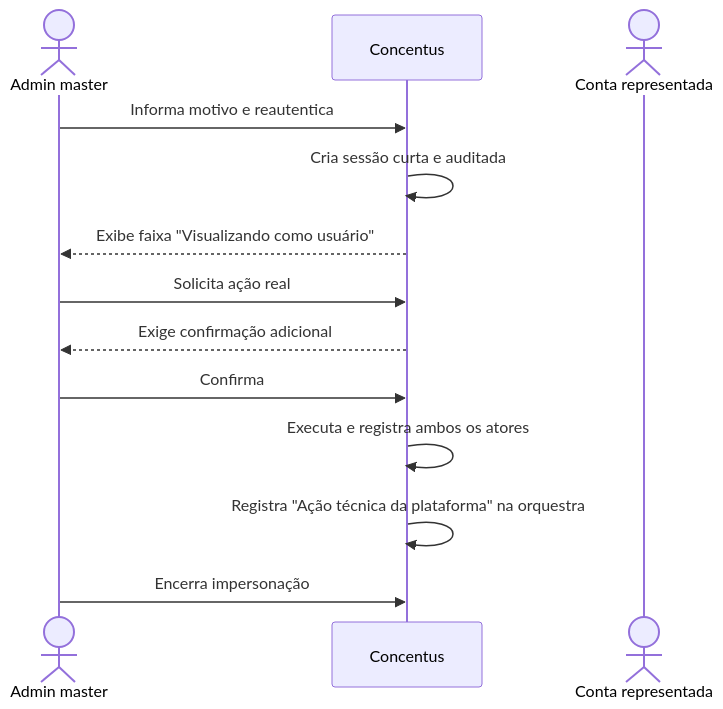
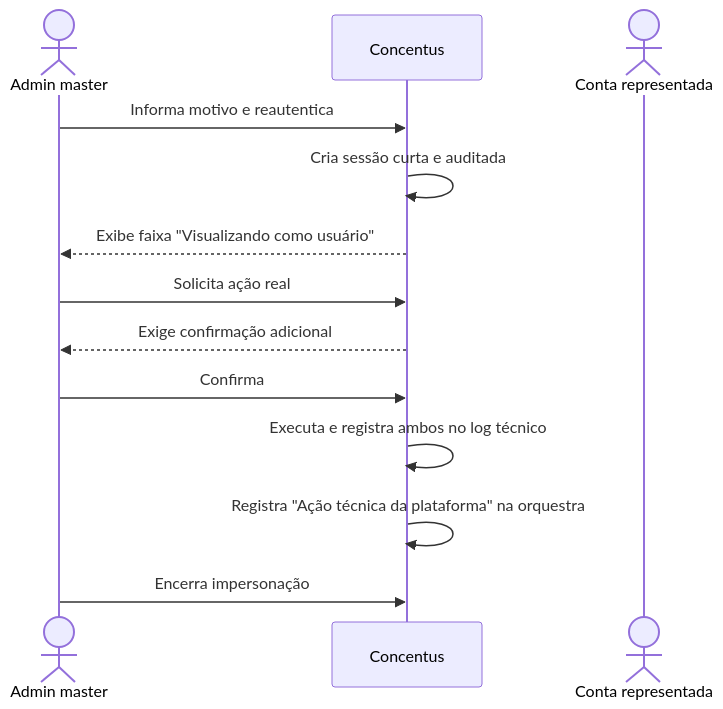
The sixth of 6 diagrams in docs/ux/flows-and-screens.md (KogaKleins/Concentus), drawn with Mermaid before and after one commit. The commit also changed 18 other files, not shown here.

````diff
--- a/docs/ux/flows-and-screens.md
+++ b/docs/ux/flows-and-screens.md
@@ -209,15 +209,15 @@
 ```mermaid
 sequenceDiagram
     actor Master as Admin master
     participant App as Concentus
     actor User as Conta representada
     Master->>App: Informa motivo e reautentica
     App->>App: Cria sessão curta e auditada
     App-->>Master: Exibe faixa "Visualizando como usuário"
     Master->>App: Solicita ação real
     App-->>Master: Exige confirmação adicional
     Master->>App: Confirma
-    App->>App: Executa e registra ambos os atores
+    App->>App: Executa e registra ambos no log técnico
     App->>App: Registra "Ação técnica da plataforma" na orquestra
     Master->>App: Encerra impersonação
 ```
````
